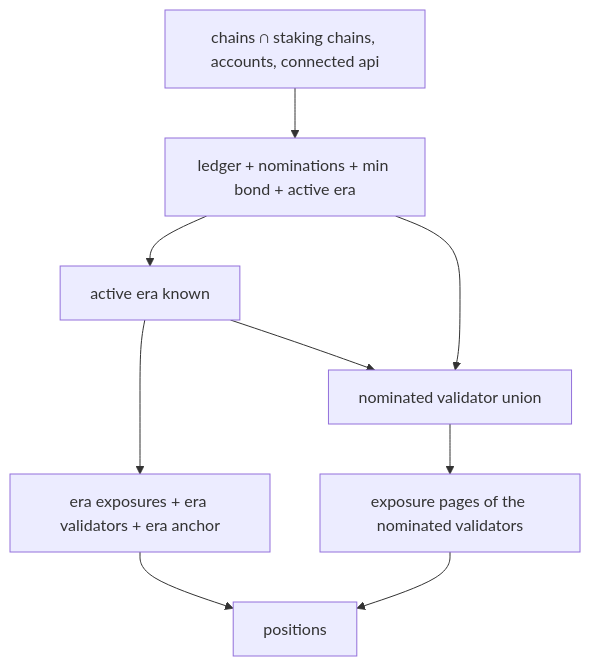
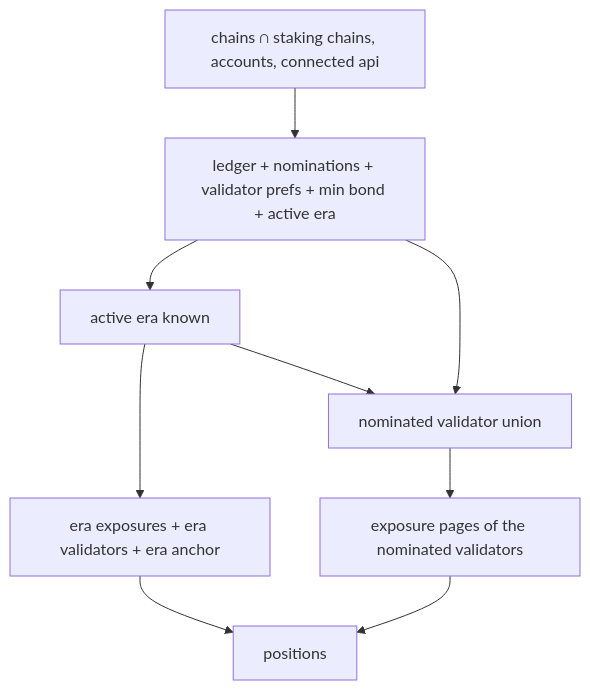
The diagram in src/renderer/aggregates/staking-positions/README.md (novasamatech/nova-spektr), drawn with Mermaid before and after one commit. The commit also changed other lines of this file and 1 other file, not shown here.

Commit message:
test(dashboard): pin pending gate on validator prefs coverage

````diff
--- a/src/renderer/aggregates/staking-positions/README.md
+++ b/src/renderer/aggregates/staking-positions/README.md
@@ -118,11 +119,11 @@
 ```mermaid
 flowchart TD
-    A["chains ∩ staking chains, accounts, connected api"] --> B["ledger + nominations + min bond + active era"]
+    A["chains ∩ staking chains, accounts, connected api"] --> B["ledger + nominations + validator prefs + min bond + active era"]
     B --> C["active era known"]
     C --> D["era exposures + era validators + era anchor"]
     B --> E["nominated validator union"]
     C --> E
     E --> F["exposure pages of the nominated validators"]
     D --> G["positions"]
     F --> G
 ```
````
